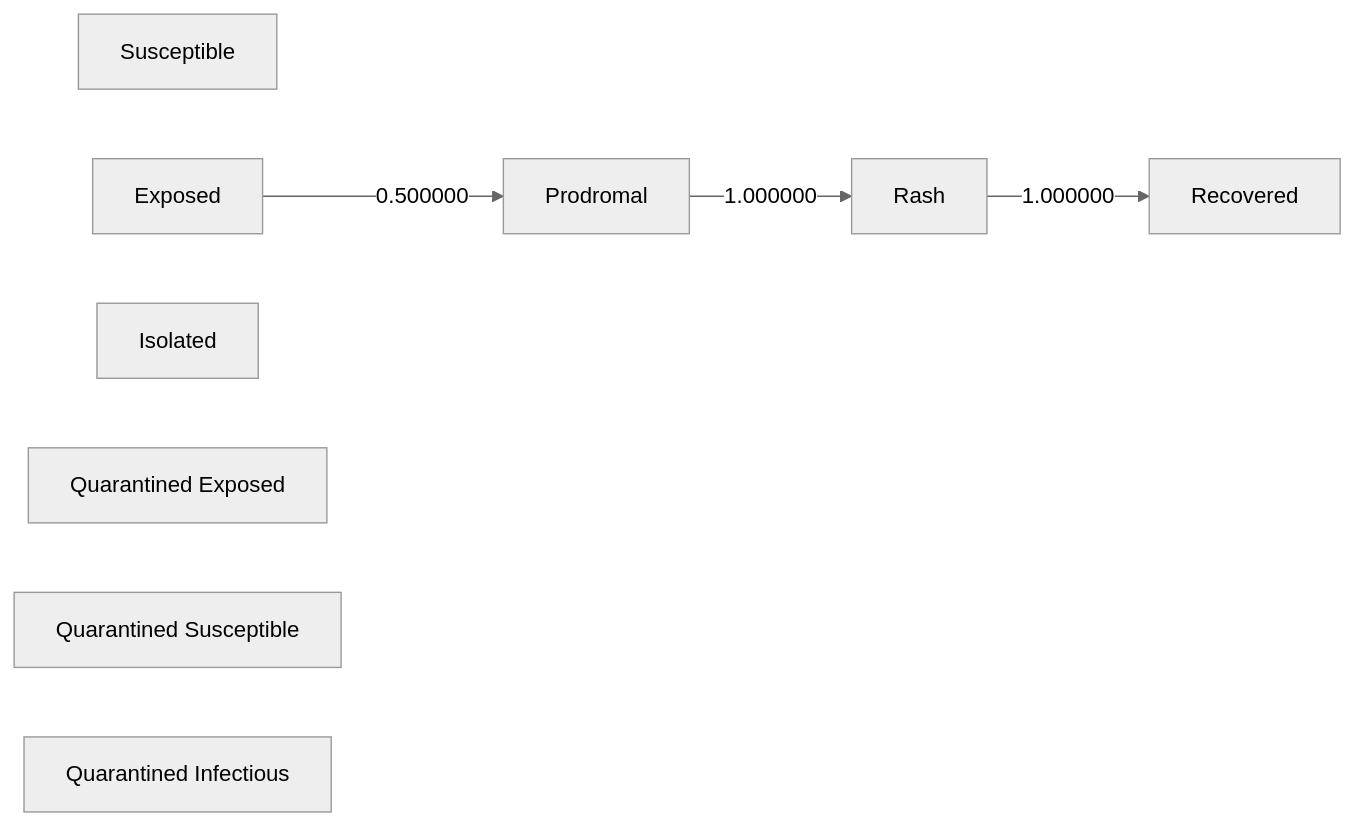
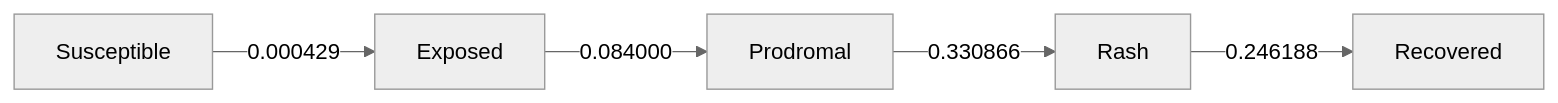
One commit to EpiForeSITE/epiworld-measles changed the diagram in school_quarantine/new_bridge_88.md. Above: the diagram before and after it, drawn with Mermaid (neutral theme). The commit also changed other lines of this file and 10 other files, not shown here.

Commit message:
New version of epiworld: draws diagrams f(all simulations)

````diff
--- a/school_quarantine/new_bridge_88.md
+++ b/school_quarantine/new_bridge_88.md
@@ -138,16 +138,13 @@
 ``` mermaid
 flowchart LR
-    s0[Susceptible]
-    s1[Exposed]
-    s2[Prodromal]
-    s3[Rash]
-    s4[Isolated]
-    s5[Quarantined Exposed]
-    s6[Quarantined Susceptible]
-    s7[Quarantined Infectious]
-    s8[Recovered]
-    s1 -->|0.500000| s2
-    s2 -->|1.000000| s3
-    s3 -->|1.000000| s8
+    s0[Exposed]
+    s1[Prodromal]
+    s2[Rash]
+    s3[Recovered]
+    s4[Susceptible]
+    s0 -->|0.084000| s1
+    s1 -->|0.330866| s2
+    s2 -->|0.246188| s3
+    s4 -->|0.000429| s0
 
 ```
````
